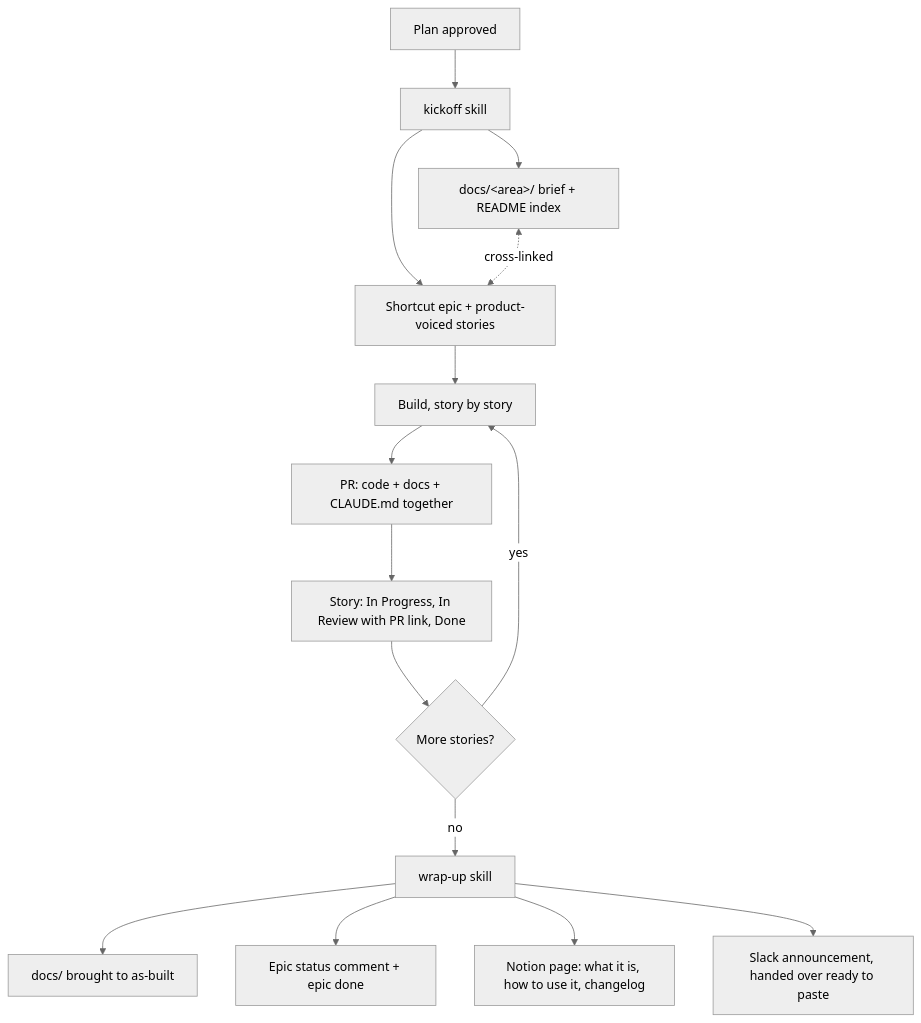
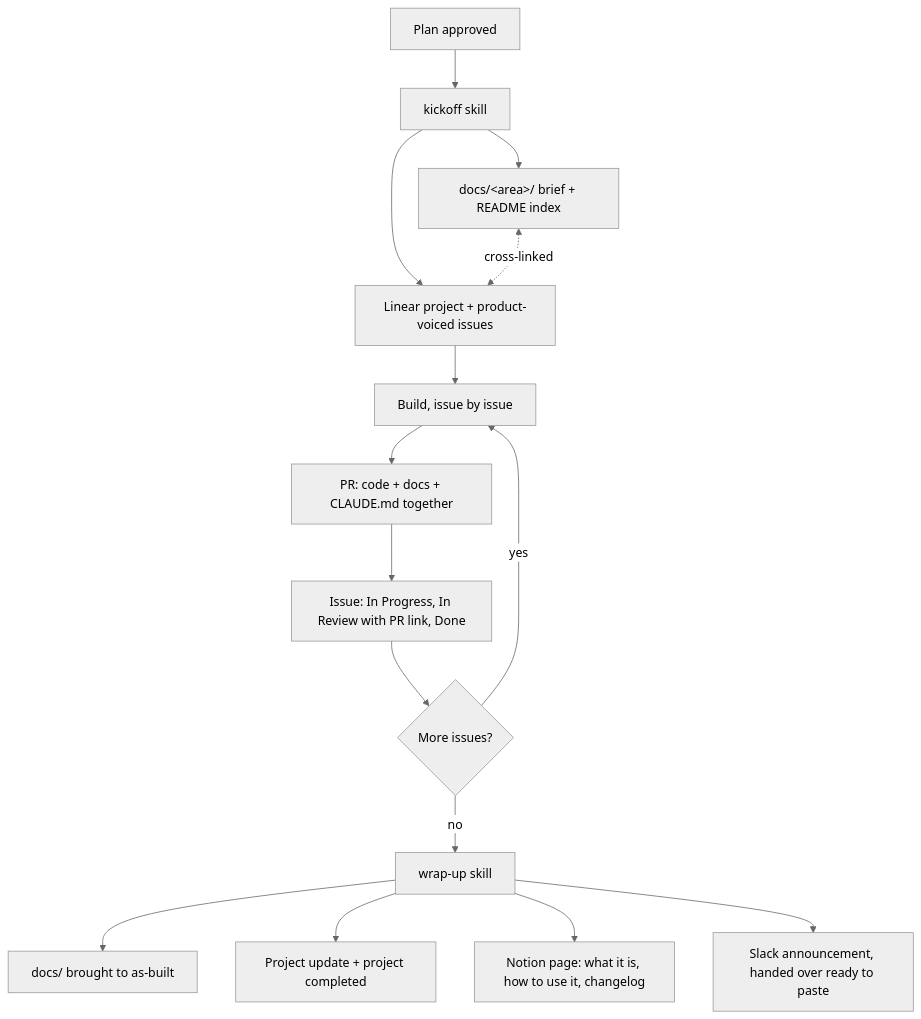
The diagram in docs/workflow/01-team-visibility.md (Joice-Health/Joice), drawn with Mermaid (neutral theme) before and after one commit. The commit also changed other lines of this file and 8 other files, not shown here.

````diff
--- a/docs/workflow/01-team-visibility.md
+++ b/docs/workflow/01-team-visibility.md
@@ -23,17 +23,17 @@
 ```mermaid
 flowchart TD
     plan[Plan approved] --> kickoff[kickoff skill]
     kickoff --> docs["docs/&lt;area&gt;/ brief + README index"]
-    kickoff --> epic[Shortcut epic + product-voiced stories]
-    docs <-. cross-linked .-> epic
-    epic --> build[Build, story by story]
+    kickoff --> project[Linear project + product-voiced issues]
+    docs <-. cross-linked .-> project
+    project --> build[Build, issue by issue]
     build --> pr["PR: code + docs + CLAUDE.md together"]
-    pr --> states[Story: In Progress, In Review with PR link, Done]
-    states --> more{More stories?}
+    pr --> states[Issue: In Progress, In Review with PR link, Done]
+    states --> more{More issues?}
     more -- yes --> build
     more -- no --> wrap[wrap-up skill]
     wrap --> asbuilt[docs/ brought to as-built]
-    wrap --> comment[Epic status comment + epic done]
+    wrap --> update[Project update + project completed]
     wrap --> notion[Notion page: what it is, how to use it, changelog]
     wrap --> slack[Slack announcement, handed over ready to paste]
 ```
````
